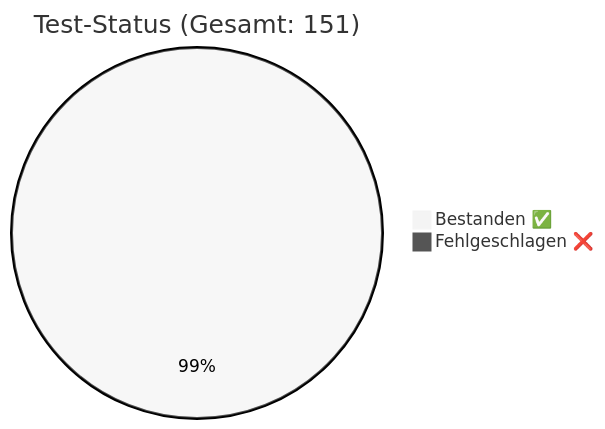
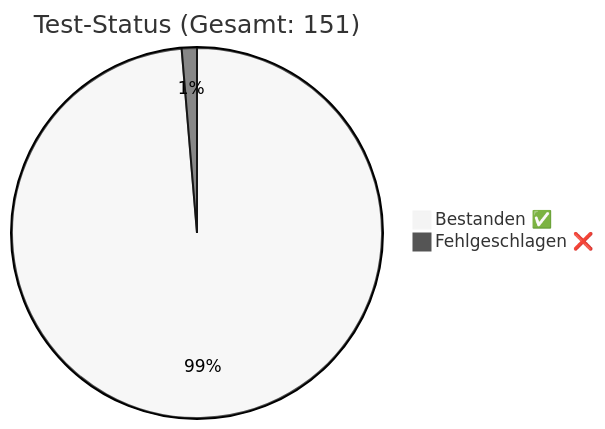
The diagram in docs/QA_Report.md (rorila/GCS), drawn with Mermaid (neutral theme) before and after one commit. The commit also changed other lines of this file and 14 other files, not shown here.

````diff
--- a/docs/QA_Report.md
+++ b/docs/QA_Report.md
@@ -7,5 +7,5 @@
 ```mermaid
 pie title Test-Status (Gesamt: 151)
-    "Bestanden ✅" : 150
-    "Fehlgeschlagen ❌" : 1
+    "Bestanden ✅" : 149
+    "Fehlgeschlagen ❌" : 2
 ```
````
